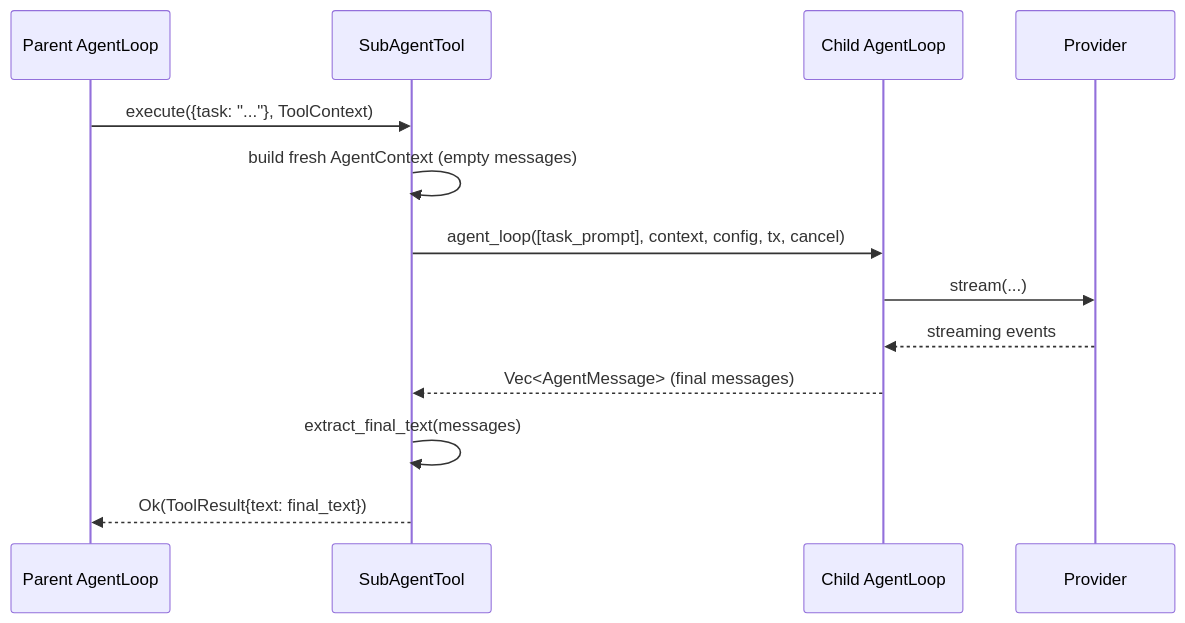
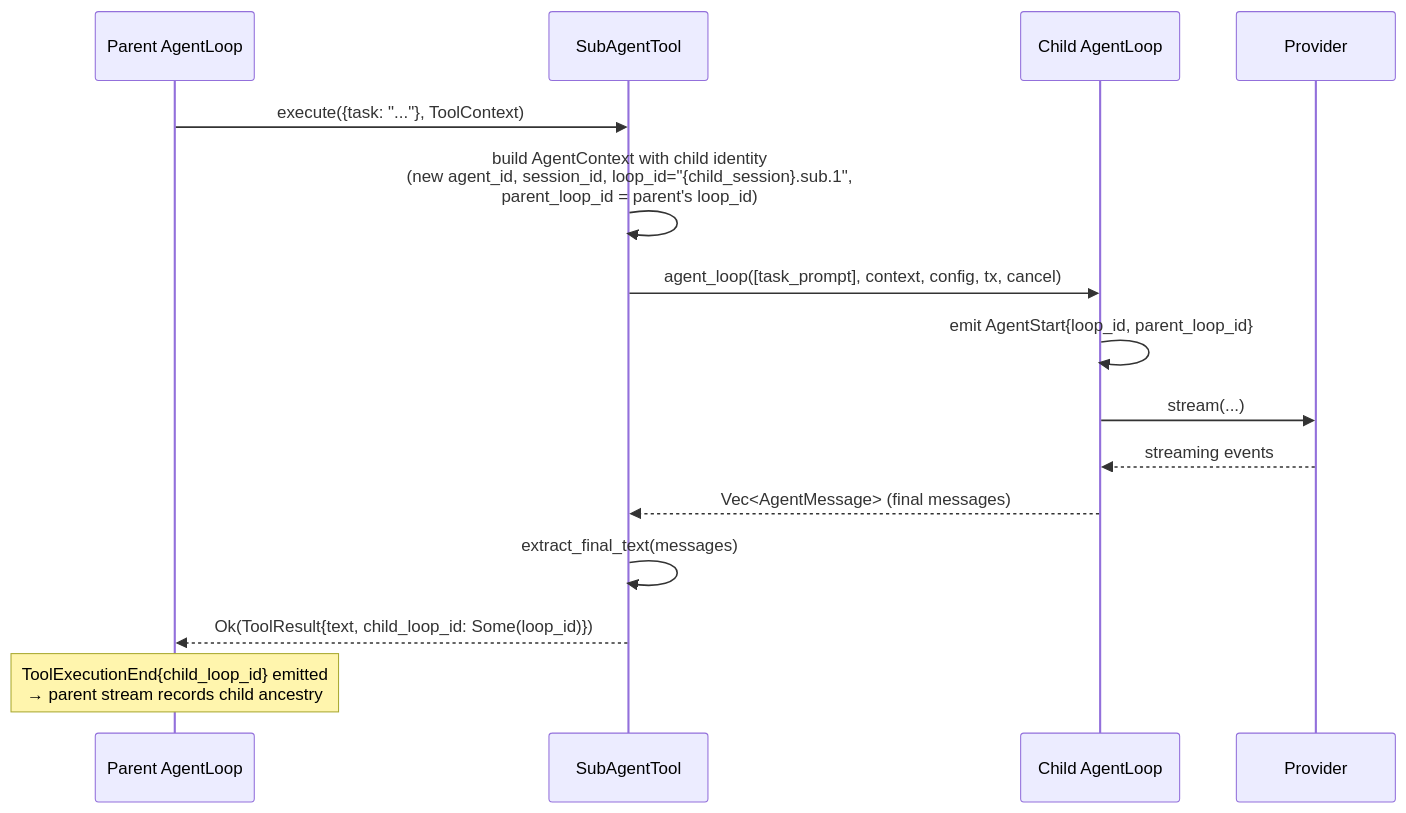
The fifth of 5 diagrams in spec/architecture.md (LazyBouy/phi-core), drawn with Mermaid before and after one commit. The commit also changed other lines of this file and 26 other files, not shown here.

````diff
--- a/spec/architecture.md
+++ b/spec/architecture.md
@@ -213,16 +218,18 @@
 ```mermaid
 sequenceDiagram
     participant ParentLoop as Parent AgentLoop
     participant SubAgentTool
     participant ChildLoop as Child AgentLoop
     participant ChildProvider as Provider
 
     ParentLoop->>SubAgentTool: execute({task: "..."}, ToolContext)
-    SubAgentTool->>SubAgentTool: build fresh AgentContext (empty messages)
+    SubAgentTool->>SubAgentTool: build AgentContext with child identity<br/>(new agent_id, session_id, loop_id="{child_session}.sub.1",<br/>parent_loop_id = parent's loop_id)
     SubAgentTool->>ChildLoop: agent_loop([task_prompt], context, config, tx, cancel)
+    ChildLoop->>ChildLoop: emit AgentStart{loop_id, parent_loop_id}
     ChildLoop->>ChildProvider: stream(...)
     ChildProvider-->>ChildLoop: streaming events
     ChildLoop-->>SubAgentTool: Vec<AgentMessage> (final messages)
     SubAgentTool->>SubAgentTool: extract_final_text(messages)
-    SubAgentTool-->>ParentLoop: Ok(ToolResult{text: final_text})
+    SubAgentTool-->>ParentLoop: Ok(ToolResult{text, child_loop_id: Some(loop_id)})
+    Note over ParentLoop: ToolExecutionEnd{child_loop_id} emitted<br/>→ parent stream records child ancestry
 ```
````
